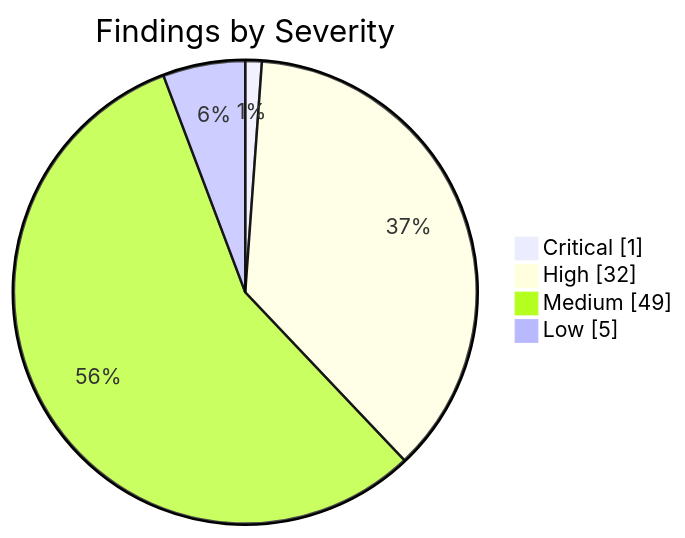
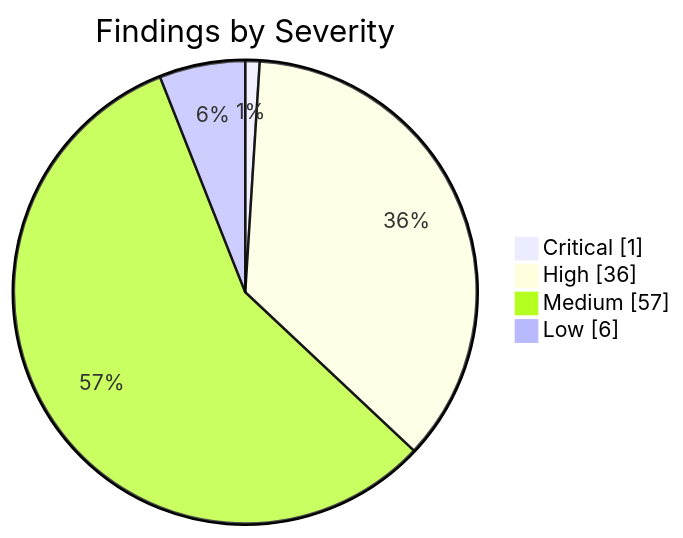
One commit to KBVE/kbve changed the first of 2 diagrams in apps/kbve/astro-kbve/src/content/docs/dashboard/security.mdx. Above: the diagram before and after it, drawn with Mermaid. The commit also changed other lines of this file and 8 other files, not shown here.

````diff
--- a/apps/kbve/astro-kbve/src/content/docs/dashboard/security.mdx
+++ b/apps/kbve/astro-kbve/src/content/docs/dashboard/security.mdx
@@ -62,8 +62,8 @@
 ```mermaid
 pie showData
     title Findings by Severity
     "Critical" : 1
-    "High" : 32
-    "Medium" : 49
-    "Low" : 5
+    "High" : 36
+    "Medium" : 57
+    "Low" : 6
 ```
````
